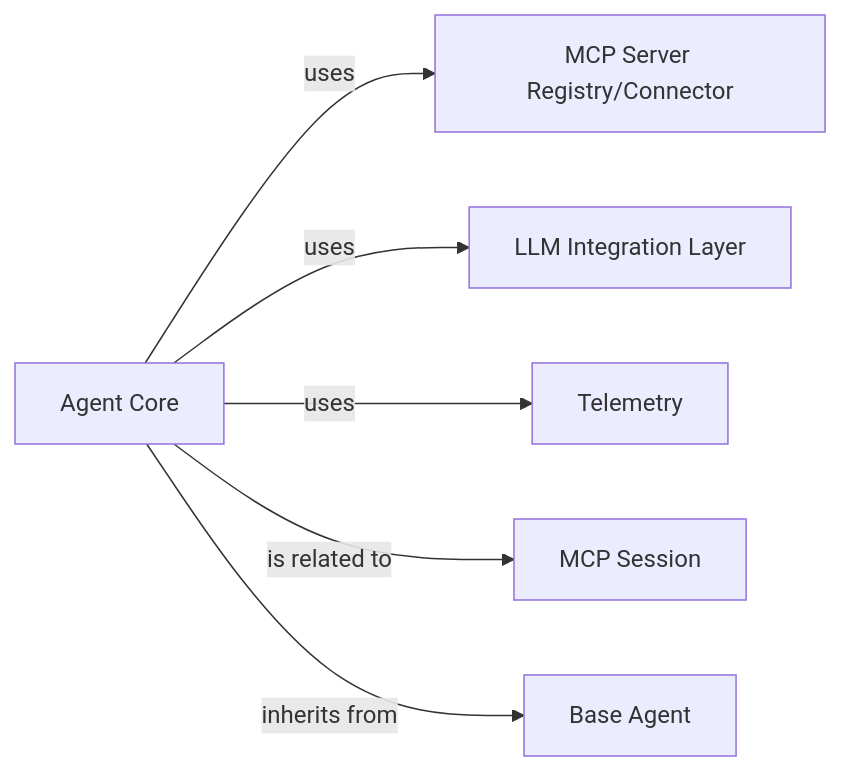
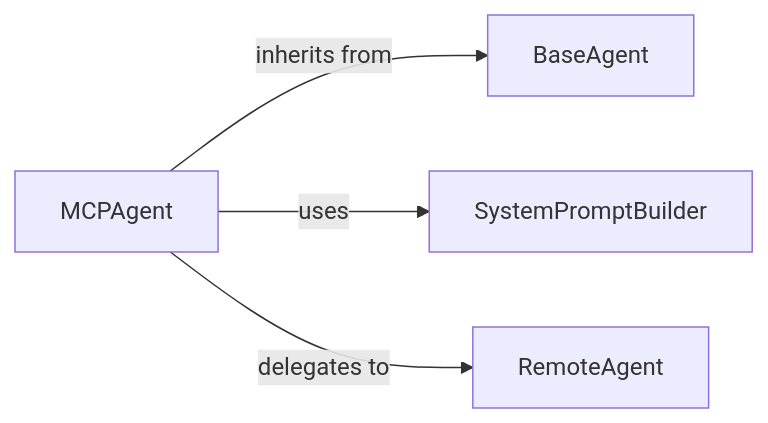
One commit to mcp-use/mcp-use changed the diagram in .codeboarding/Agent_Core.mdx. Above: the diagram before and after it, drawn with Mermaid. The commit also changed other lines of this file and 19 other files, not shown here.

First line of the commit message:
docs: update codeboarding documentation and generate architecture

````diff
--- a/.codeboarding/Agent_Core.mdx
+++ b/.codeboarding/Agent_Core.mdx
@@ -2,15 +2,10 @@
 ```mermaid
 graph LR
-    Agent_Core["Agent Core"]
-    Base_Agent["Base Agent"]
-    MCP_Server_Registry_Connector["MCP Server Registry/Connector"]
-    LLM_Integration_Layer["LLM Integration Layer"]
-    Telemetry["Telemetry"]
-    MCP_Session["MCP Session"]
-    Agent_Core -- "uses" --> MCP_Server_Registry_Connector
-    Agent_Core -- "uses" --> LLM_Integration_Layer
-    Agent_Core -- "uses" --> Telemetry
-    Agent_Core -- "is related to" --> MCP_Session
-    Agent_Core -- "inherits from" --> Base_Agent
-    click Agent_Core href "/codeboarding/Agent_Core.md" "Details"
+    MCPAgent["MCPAgent"]
+    BaseAgent["BaseAgent"]
+    SystemPromptBuilder["SystemPromptBuilder"]
+    RemoteAgent["RemoteAgent"]
+    MCPAgent -- "inherits from" --> BaseAgent
+    MCPAgent -- "uses" --> SystemPromptBuilder
+    MCPAgent -- "delegates to" --> RemoteAgent
 ```
````
